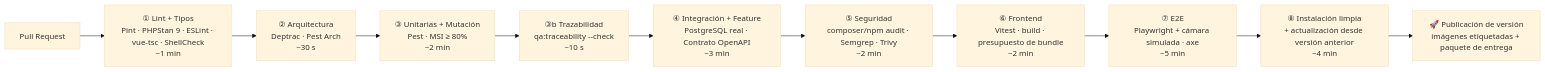
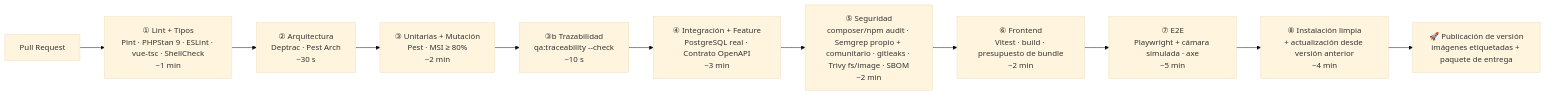
Before and after one commit to BorjaPeonSaiz/KronoQR: the sixth of 6 diagrams in docs/02-stack-tecnologico-y-plan-implementacion.md, drawn with Mermaid (base theme). The commit also changed other lines of this file and 13 other files, not shown here.

First line of the commit message:
ci(security): SAST comunitario, Trivy, gitleaks, Dependabot y SBOM en el pipeline

````diff
--- a/docs/02-stack-tecnologico-y-plan-implementacion.md
+++ b/docs/02-stack-tecnologico-y-plan-implementacion.md
@@ -968,13 +980,13 @@
 ```mermaid
 graph LR
     PR["Pull Request"] --> L["① Lint + Tipos<br/>Pint · PHPStan 9 · ESLint · vue-tsc · ShellCheck<br/>~1 min"]
     L --> A["② Arquitectura<br/>Deptrac · Pest Arch<br/>~30 s"]
     A --> U["③ Unitarias + Mutación<br/>Pest · MSI ≥ 80%<br/>~2 min"]
     U --> T["③b Trazabilidad<br/>qa:traceability --check<br/>~10 s"]
     T --> I["④ Integración + Feature<br/>PostgreSQL real · Contrato OpenAPI<br/>~3 min"]
-    I --> S["⑤ Seguridad<br/>composer/npm audit · Semgrep · Trivy<br/>~2 min"]
+    I --> S["⑤ Seguridad<br/>composer/npm audit · Semgrep propio + comunitario · gitleaks · Trivy fs/image · SBOM<br/>~2 min"]
     S --> F["⑥ Frontend<br/>Vitest · build · presupuesto de bundle<br/>~2 min"]
     F --> E["⑦ E2E<br/>Playwright + cámara simulada · axe<br/>~5 min"]
     E --> INST["⑧ Instalación limpia<br/>+ actualización desde versión anterior<br/>~4 min"]
     INST --> REL["🚀 Publicación de versión<br/>imágenes etiquetadas + paquete de entrega"]
 ```
````
